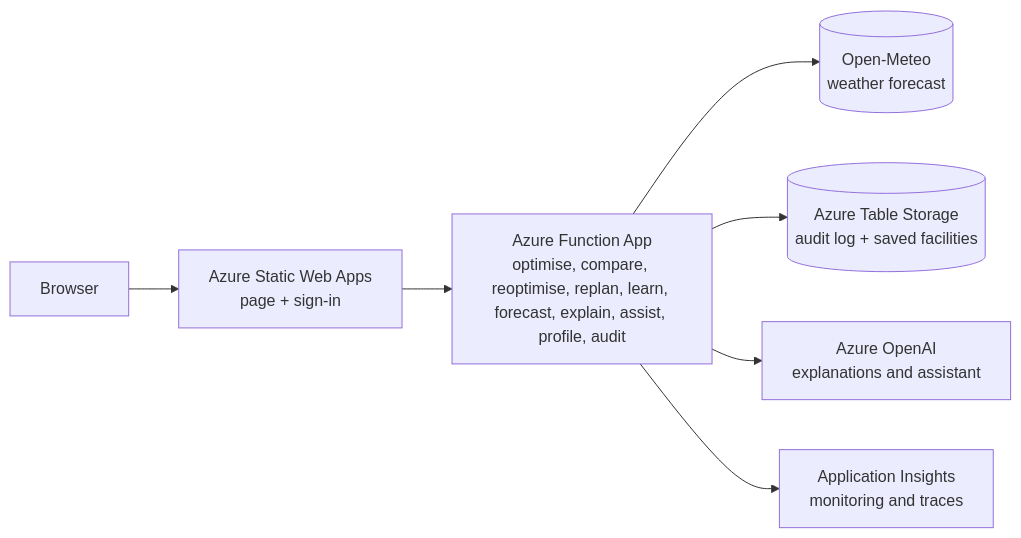
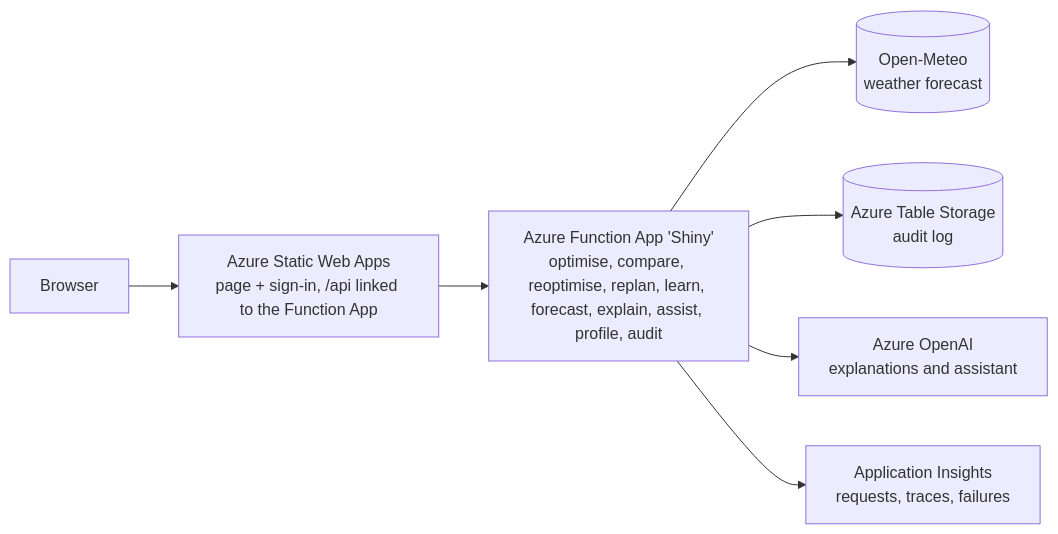
Before and after one commit to Gohn905/AI4: the diagram in README.md, drawn with Mermaid. The commit also changed other lines of this file, not shown here.

````diff
--- a/README.md
+++ b/README.md
@@ -29,9 +19,9 @@
 ```mermaid
 flowchart LR
-  U[Browser] --> SWA[Azure Static Web Apps<br/>page + sign-in]
-  SWA --> API[Azure Function App<br/>optimise, compare, reoptimise, replan, learn, forecast, explain, assist, profile, audit]
+  U[Browser] --> SWA[Azure Static Web Apps<br/>page + sign-in, /api linked to the Function App]
+  SWA --> API[Azure Function App 'Shiny'<br/>optimise, compare, reoptimise, replan, learn, forecast, explain, assist, profile, audit]
   API --> OM[(Open-Meteo<br/>weather forecast)]
-  API --> TS[(Azure Table Storage<br/>audit log + saved facilities)]
+  API --> TS[(Azure Table Storage<br/>audit log)]
   API --> AI[Azure OpenAI<br/>explanations and assistant]
-  API --> AIN[Application Insights<br/>monitoring and traces]
+  API --> AIN[Application Insights<br/>requests, traces, failures]
 ```
````
